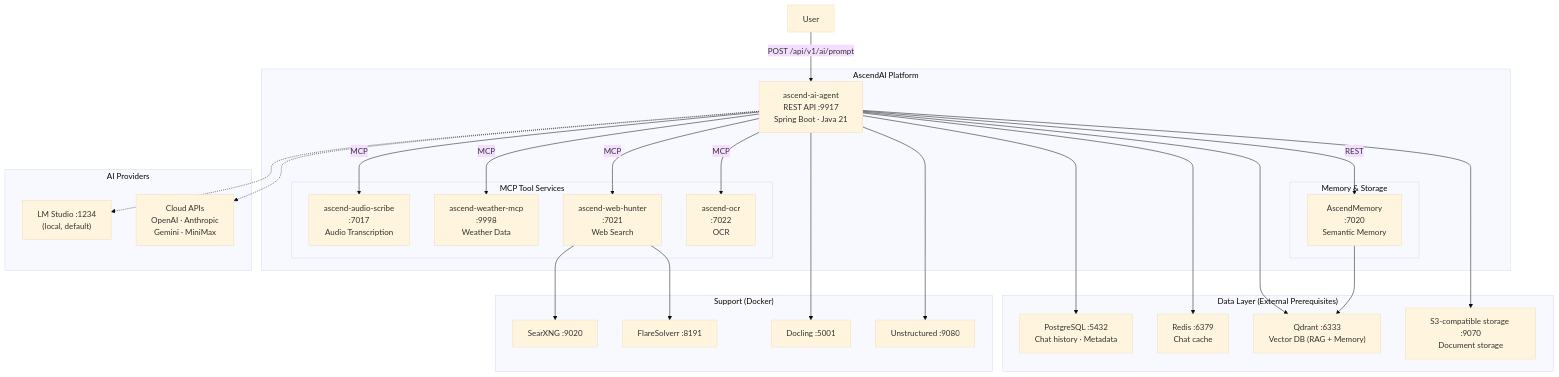
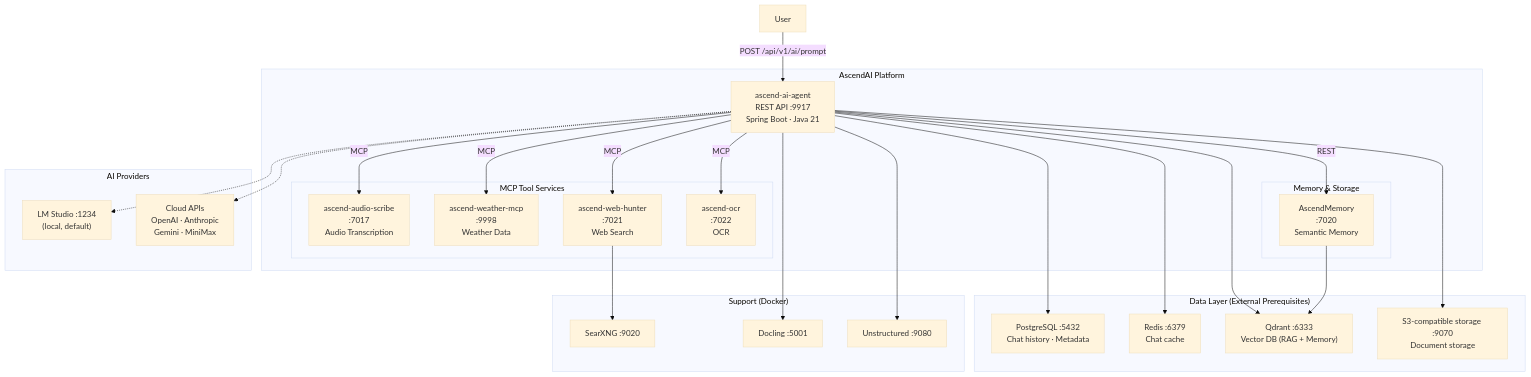
Before and after one commit to Lukk17/AscendAI: the diagram in docs/architecture/diagrams/system-overview.md, drawn with Mermaid (base theme). The commit also changed other lines of this file and 17 other files, not shown here.

Commit message:
docs: align root documents, the defect register and the web-hunter skill

````diff
--- a/docs/architecture/diagrams/system-overview.md
+++ b/docs/architecture/diagrams/system-overview.md
@@ -3,60 +3,58 @@
 ```mermaid
 graph TB
     User["User"]
 
     subgraph "AscendAI Platform"
         Agent["ascend-ai-agent<br/>REST API :9917<br/>Spring Boot · Java 21"]
 
         subgraph "MCP Tool Services"
             AudioScribe["ascend-audio-scribe<br/>:7017<br/>Audio Transcription"]
             Weather["ascend-weather-mcp<br/>:9998<br/>Weather Data"]
             WebHunter["ascend-web-hunter<br/>:7021<br/>Web Search"]
             PaddleOCR["ascend-ocr<br/>:7022<br/>OCR"]
         end
 
         subgraph "Memory & Storage"
             Memory["AscendMemory<br/>:7020<br/>Semantic Memory"]
         end
     end
 
     subgraph "AI Providers"
         Local["LM Studio :1234<br/>(local, default)"]
         Cloud["Cloud APIs<br/>OpenAI · Anthropic<br/>Gemini · MiniMax"]
     end
 
     subgraph "Data Layer (External Prerequisites)"
         PG["PostgreSQL :5432<br/>Chat history · Metadata"]
         RD["Redis :6379<br/>Chat cache"]
         QD["Qdrant :6333<br/>Vector DB (RAG + Memory)"]
         S3["S3-compatible storage :9070<br/>Document storage"]
     end
 
     subgraph "Support (Docker)"
         SX["SearXNG :9020"]
-        FS["FlareSolverr :8191"]
         DL["Docling :5001"]
         UN["Unstructured :9080"]
     end
 
     User -->|"POST /api/v1/ai/prompt"| Agent
 
     Agent -->|"MCP"| AudioScribe
     Agent -->|"MCP"| Weather
     Agent -->|"MCP"| WebHunter
     Agent -->|"MCP"| PaddleOCR
     Agent -->|"REST"| Memory
 
     Agent -.-> Local
     Agent -.-> Cloud
 
     Agent --> PG
     Agent --> RD
     Agent --> QD
     Agent --> S3
     Agent --> DL
     Agent --> UN
 
     WebHunter --> SX
-    WebHunter --> FS
     Memory --> QD
 ```
````
